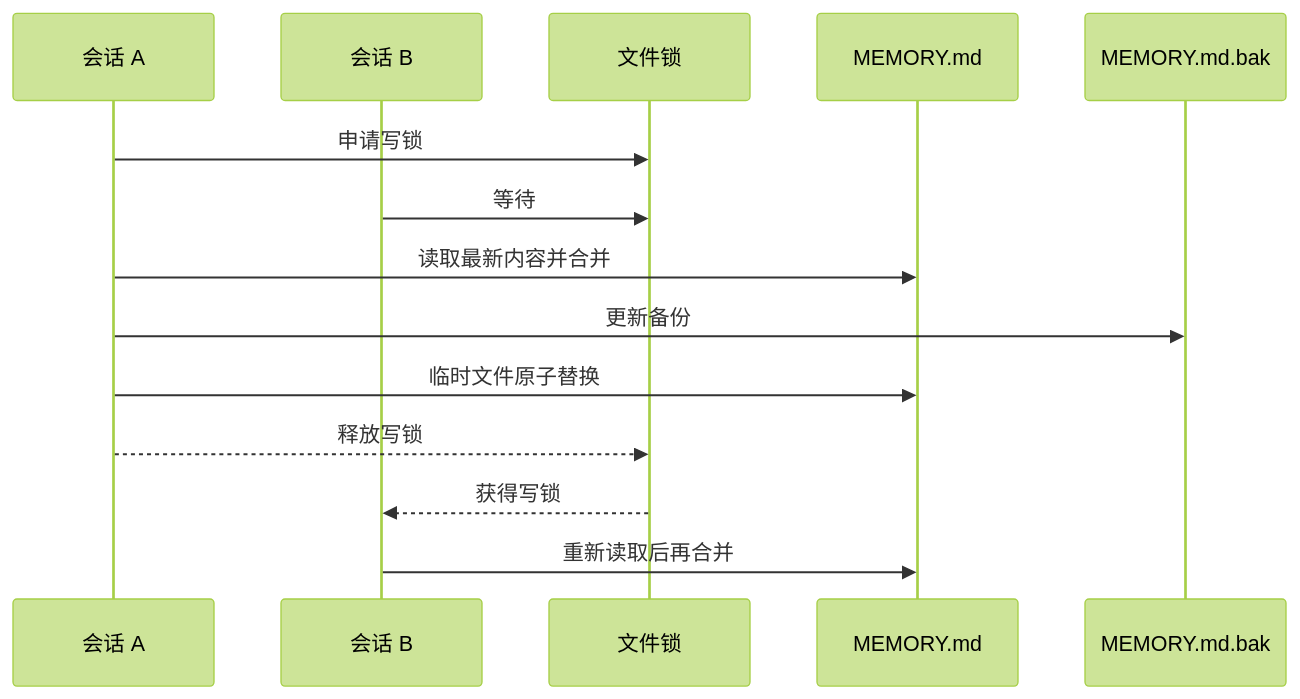
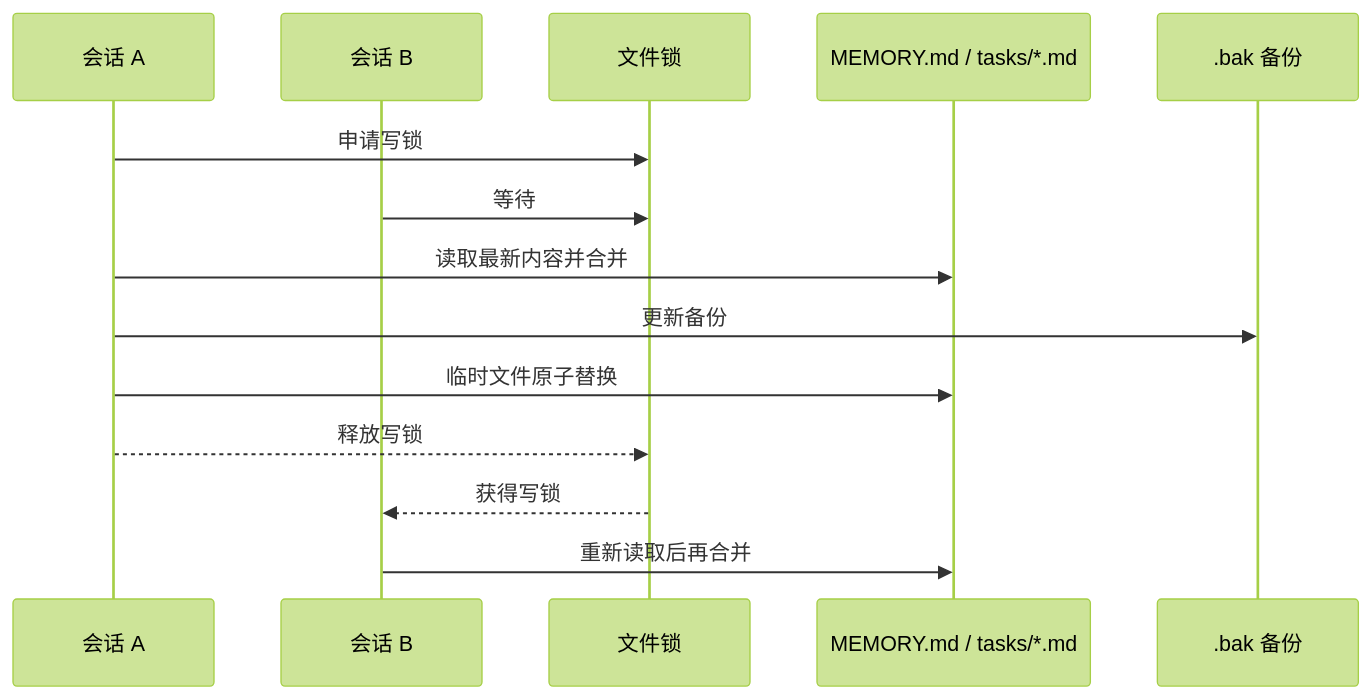
One commit to YachuanWzh/flavor-code changed diagram 11 of 39 in 技术方案报告.md. Above: the diagram before and after it, drawn with Mermaid (forest theme). The commit also changed other lines of this file and 47 other files, not shown here.

````diff
--- a/技术方案报告.md
+++ b/技术方案报告.md
@@ -853,17 +866,17 @@
 ```mermaid
 sequenceDiagram
     participant A as 会话 A
     participant B as 会话 B
     participant L as 文件锁
-    participant M as MEMORY.md
-    participant K as MEMORY.md.bak
+    participant M as MEMORY.md / tasks/*.md
+    participant K as .bak 备份
 
     A->>L: 申请写锁
     B->>L: 等待
     A->>M: 读取最新内容并合并
     A->>K: 更新备份
     A->>M: 临时文件原子替换
     A-->>L: 释放写锁
     L-->>B: 获得写锁
     B->>M: 重新读取后再合并
 ```
````
